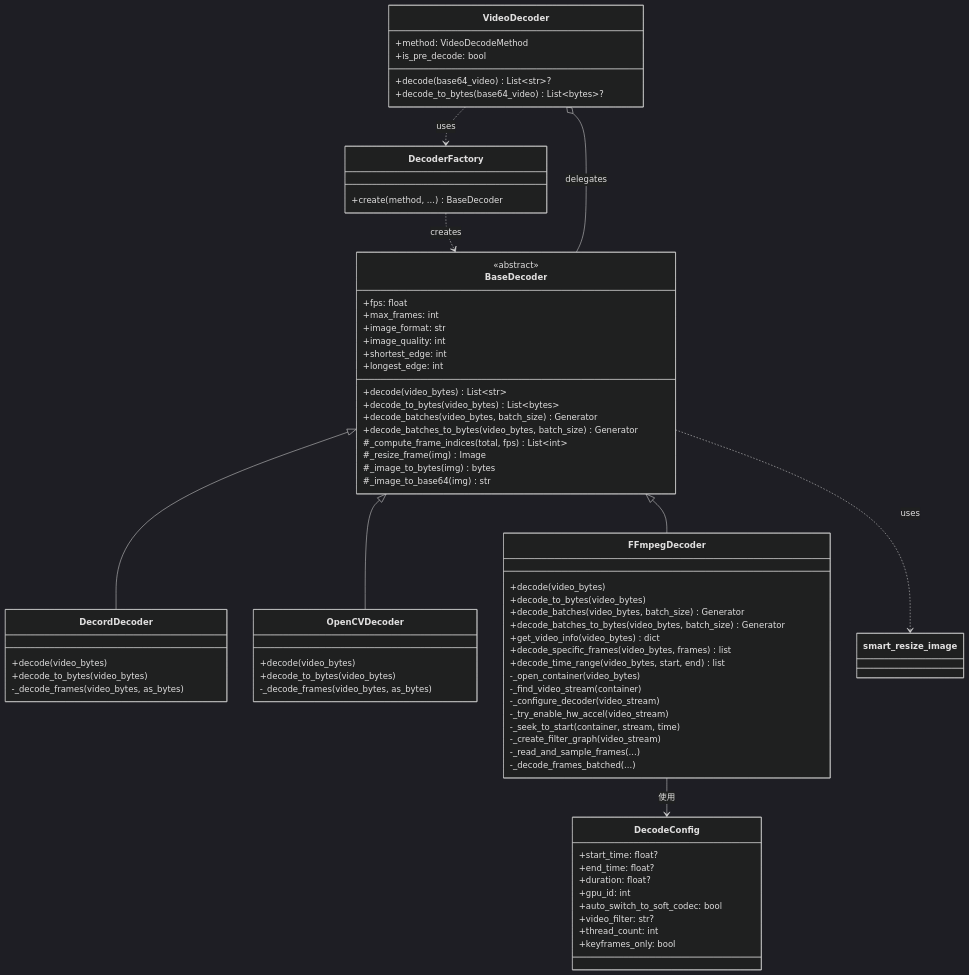
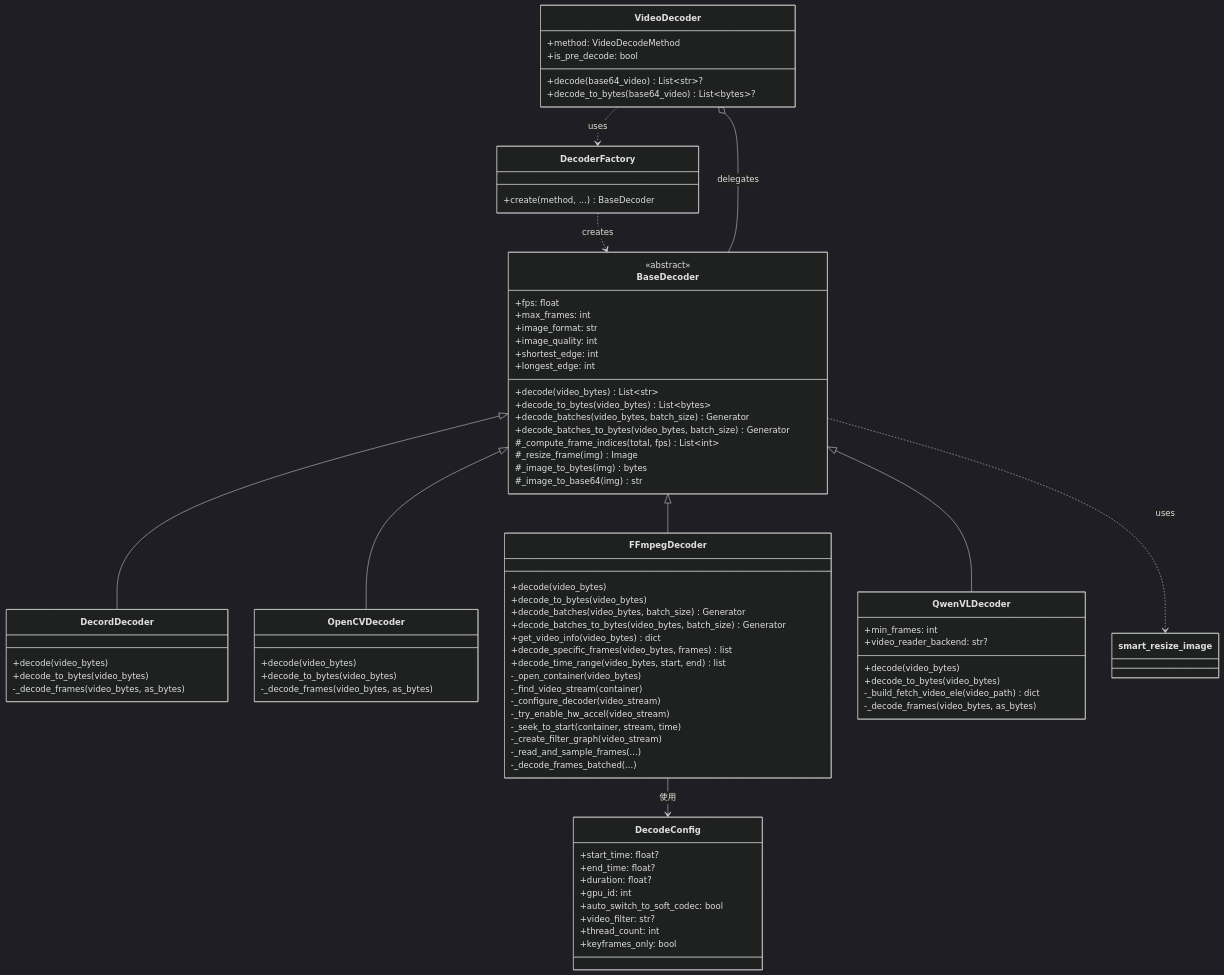
One commit to kaydxh/peek changed the second of 4 diagrams in docs/video.md. Above: the diagram before and after it, drawn with Mermaid (dark theme). The commit also changed other lines of this file and 1 other file, not shown here.

```diff
--- a/docs/video.md
+++ b/docs/video.md
@@ -194,9 +198,19 @@
         +decode_to_bytes(base64_video) List~bytes~?
     }
 
+    class QwenVLDecoder {
+        +min_frames: int
+        +video_reader_backend: str?
+        +decode(video_bytes)
+        +decode_to_bytes(video_bytes)
+        -_build_fetch_video_ele(video_path) dict
+        -_decode_frames(video_bytes, as_bytes)
+    }
+
     BaseDecoder <|-- DecordDecoder
     BaseDecoder <|-- OpenCVDecoder
     BaseDecoder <|-- FFmpegDecoder
+    BaseDecoder <|-- QwenVLDecoder
     FFmpegDecoder --> DecodeConfig : 使用
     DecoderFactory ..> BaseDecoder : creates
     VideoDecoder o-- BaseDecoder : delegates
```
